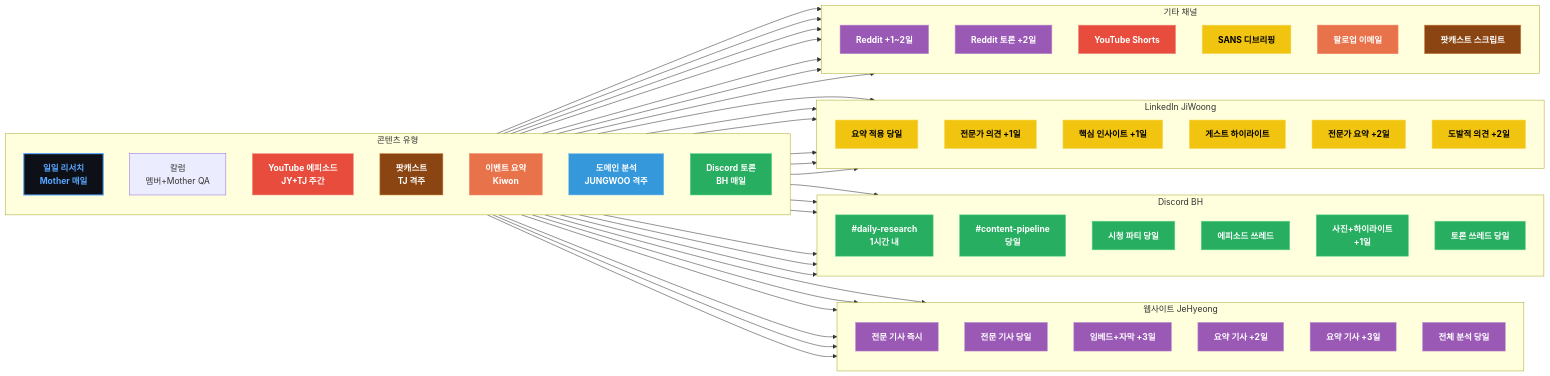
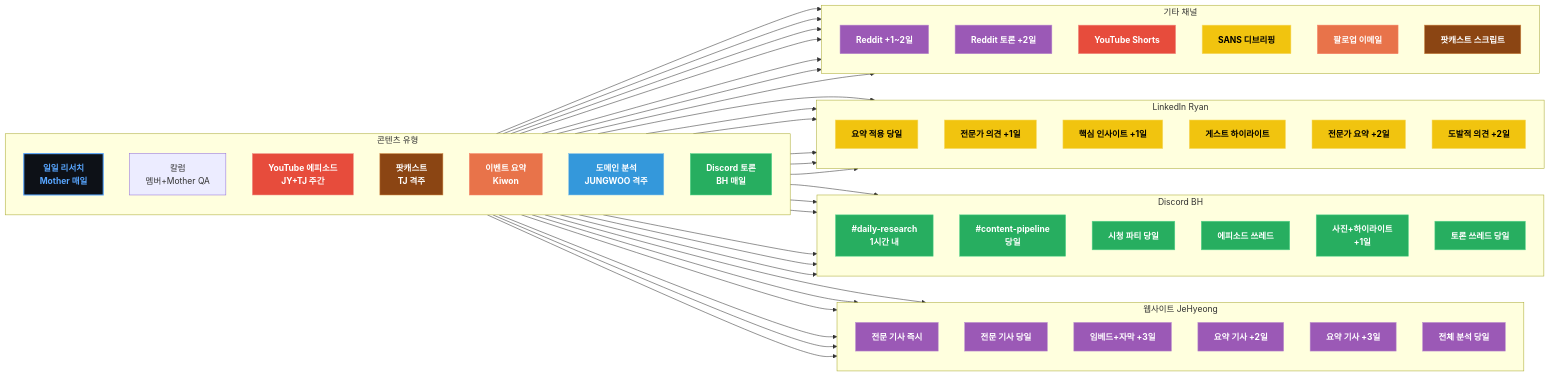
One commit to JeHyeong2/hypeprooflab changed the diagram in products/hypeproof-workflow-diagrams/d6-color.mmd. Above: the diagram before and after it, drawn with Mermaid. The commit also changed 35 other files, not shown here.

First line of the commit message:
fix: merge JiWoong→Ryan, add Academy pipeline, 8 members

```diff
--- a/products/hypeproof-workflow-diagrams/d6-color.mmd
+++ b/products/hypeproof-workflow-diagrams/d6-color.mmd
@@ -1,103 +1,102 @@
 flowchart LR
     subgraph SRC["콘텐츠 유형"]
         direction TB
         C1["일일 리서치<br/>Mother 매일"]
         C2["칼럼<br/>멤버+Mother QA"]
         C3["YouTube 에피소드<br/>JY+TJ 주간"]
         C4["팟캐스트<br/>TJ 격주"]
         C5["이벤트 요약<br/>Kiwon"]
         C6["도메인 분석<br/>JUNGWOO 격주"]
         C7["Discord 토론<br/>BH 매일"]
     end
 
     subgraph WEB["웹사이트 JeHyeong"]
         direction TB
         W1["전문 기사 즉시"]
         W2["전문 기사 당일"]
         W3["임베드+자막 +3일"]
         W4["요약 기사 +2일"]
         W5["요약 기사 +3일"]
         W6["전체 분석 당일"]
     end
 
     subgraph DISC["Discord BH"]
         direction TB
         D1["#daily-research<br/>1시간 내"]
         D2["#content-pipeline<br/>당일"]
         D3["시청 파티 당일"]
         D4["에피소드 쓰레드"]
         D5["사진+하이라이트<br/>+1일"]
         D6["토론 쓰레드 당일"]
     end
 
-    subgraph LIN["LinkedIn JiWoong"]
+    subgraph LIN["LinkedIn Ryan"]
         direction TB
         L1["요약 적용 당일"]
         L2["전문가 의견 +1일"]
         L3["핵심 인사이트 +1일"]
         L4["게스트 하이라이트"]
         L5["전문가 요약 +2일"]
         L6["도발적 의견 +2일"]
     end
 
     subgraph ETC["기타 채널"]
         direction TB
         R2["Reddit +1~2일"]
         R6["Reddit 토론 +2일"]
         O3["YouTube Shorts"]
         O5a["SANS 디브리핑"]
         O5b["팔로업 이메일"]
         O7["팟캐스트 스크립트"]
     end
 
     C1 --> W1
     C1 --> D1
     C1 --> L1
 
     C2 --> W2
     C2 --> D2
     C2 --> L2
     C2 --> R2
     C2 --> O7
 
     C3 --> W3
     C3 --> D3
     C3 --> L3
     C3 --> O3
 
     C4 --> W4
     C4 --> D4
     C4 --> L4
 
     C5 --> W5
     C5 --> D5
     C5 --> L5
     C5 --> O5a
     C5 --> O5b
 
     C6 --> W6
     C6 --> D6
     C6 --> L6
     C6 --> R6
 
     C7 --> O7
 
     classDef jay fill:#1f6feb,stroke:#388bfd,color:#fff,font-weight:bold
     classDef kiwon fill:#e8734a,stroke:#f78166,color:#fff,font-weight:bold
-    classDef jiwoong fill:#f1c40f,stroke:#f7dc6f,color:#000,font-weight:bold
+    classDef ryan fill:#f1c40f,stroke:#f7dc6f,color:#000,font-weight:bold
     classDef jy fill:#e74c3c,stroke:#f1948a,color:#fff,font-weight:bold
     classDef tj fill:#8b4513,stroke:#cd853f,color:#fff,font-weight:bold
     classDef jehyeong fill:#9b59b6,stroke:#bb8fce,color:#fff,font-weight:bold
     classDef bh fill:#27ae60,stroke:#58d68d,color:#fff,font-weight:bold
     classDef jungwoo fill:#3498db,stroke:#85c1e9,color:#fff,font-weight:bold
-    classDef ryan fill:#95a5a6,stroke:#bdc3c7,color:#000,font-weight:bold
     classDef mother fill:#0d1117,stroke:#58a6ff,color:#58a6ff,font-weight:bold,stroke-width:2px
 
     class C1 mother
     class C3,O3 jy
     class C4,O7 tj
     class C5,O5b kiwon
     class C6 jungwoo
     class C7,D1,D2,D3,D4,D5,D6 bh
     class W1,W2,W3,W4,W5,W6,R2,R6 jehyeong
-    class L1,L2,L3,L4,L5,L6,O5a jiwoong
+    class L1,L2,L3,L4,L5,L6,O5a ryan
```
